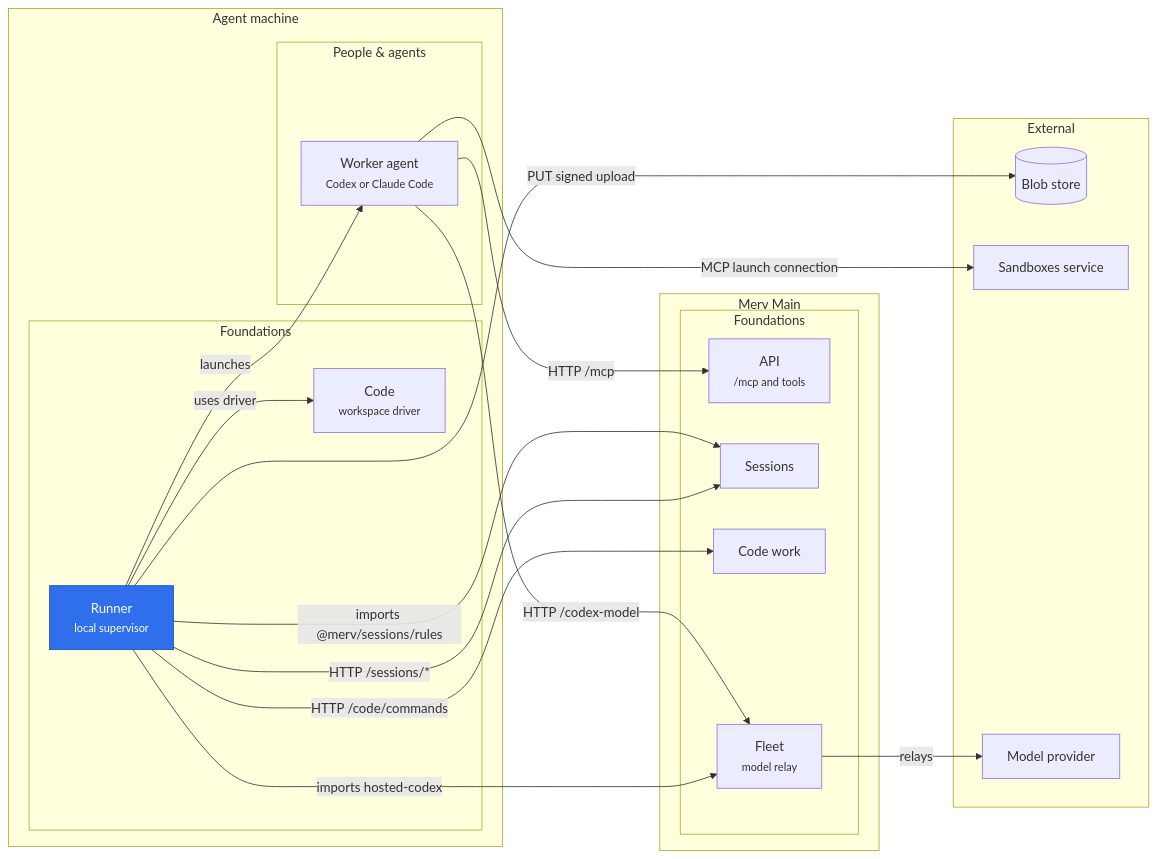
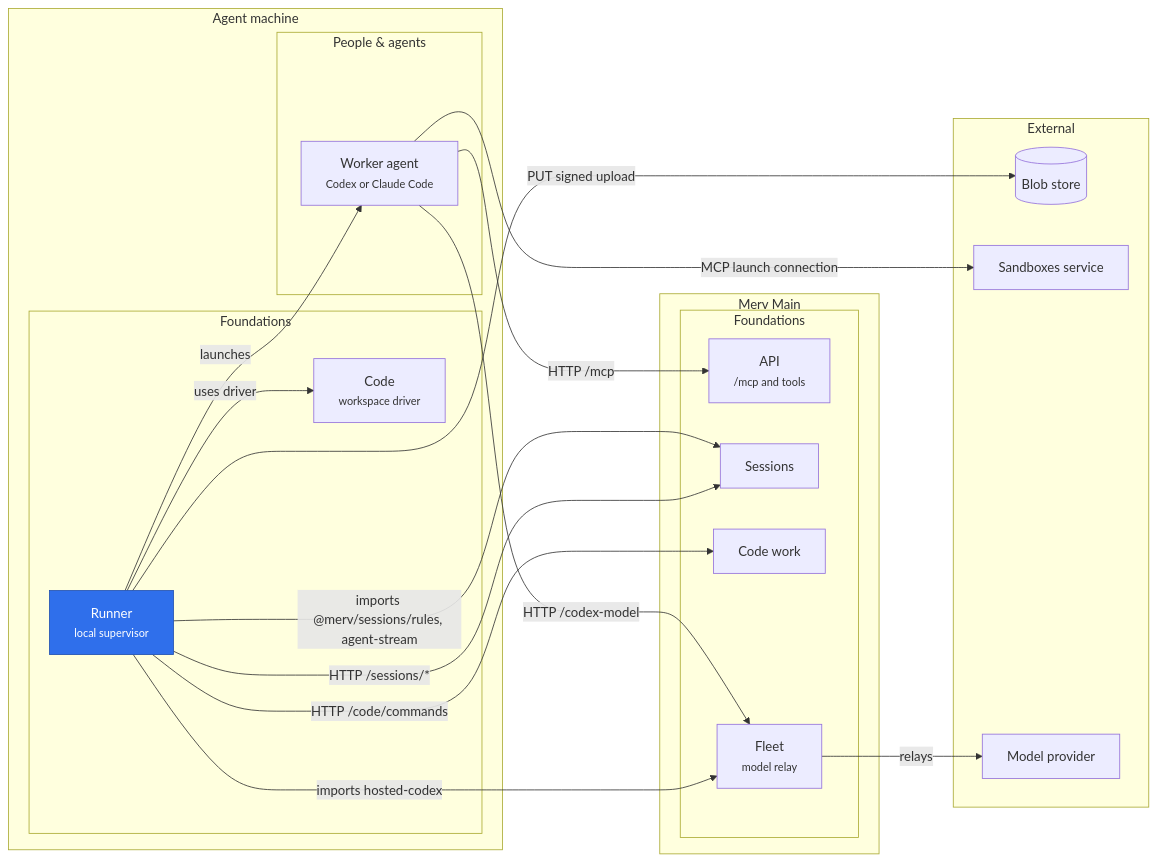
The diagram in merv-typescript/packages/runner/README.md (rapidreview-io/Merv), drawn with Mermaid before and after one commit. The commit also changed 19 other files, not shown here.

First line of the commit message:
Move the agent stream to @merv/sessions/agent-stream

````diff
--- a/merv-typescript/packages/runner/README.md
+++ b/merv-typescript/packages/runner/README.md
@@ -7,38 +7,38 @@
 ```mermaid
 flowchart LR
   subgraph machine["Agent machine"]
     subgraph machinePeople["People & agents"]
       workerAgent["Worker agent<br/><small>Codex or Claude Code</small>"]
     end
     subgraph machineFoundations["Foundations"]
       runner["Runner<br/><small>local supervisor</small>"]
       code["Code<br/><small>workspace driver</small>"]
     end
   end
   subgraph main["Merv Main"]
     subgraph mainFoundations["Foundations"]
       api["API<br/><small>/mcp and tools</small>"]
       sessions["Sessions"]
       codeWork["Code work"]
       fleet["Fleet<br/><small>model relay</small>"]
     end
   end
   subgraph externalLayer["External"]
     blobStore[("Blob store")]
     sandboxesService["Sandboxes service"]
     modelProvider["Model provider"]
   end
   runner -- "uses driver" --> code
   runner -- "launches" --> workerAgent
   runner -- "HTTP /sessions/*" --> sessions
-  runner -- "imports @merv/sessions/rules" --> sessions
+  runner -- "imports @merv/sessions/rules, agent-stream" --> sessions
   runner -- "HTTP /code/commands" --> codeWork
   runner -- "PUT signed upload" --> blobStore
   runner -- "imports hosted-codex" --> fleet
   workerAgent -- "HTTP /mcp" --> api
   workerAgent -- "HTTP /codex-model" --> fleet
   workerAgent -- "MCP launch connection" --> sandboxesService
   fleet -- "relays" --> modelProvider
   classDef self fill:#2f6feb,color:#fff,stroke:#1f4fb0
   class runner self
 ```
````
